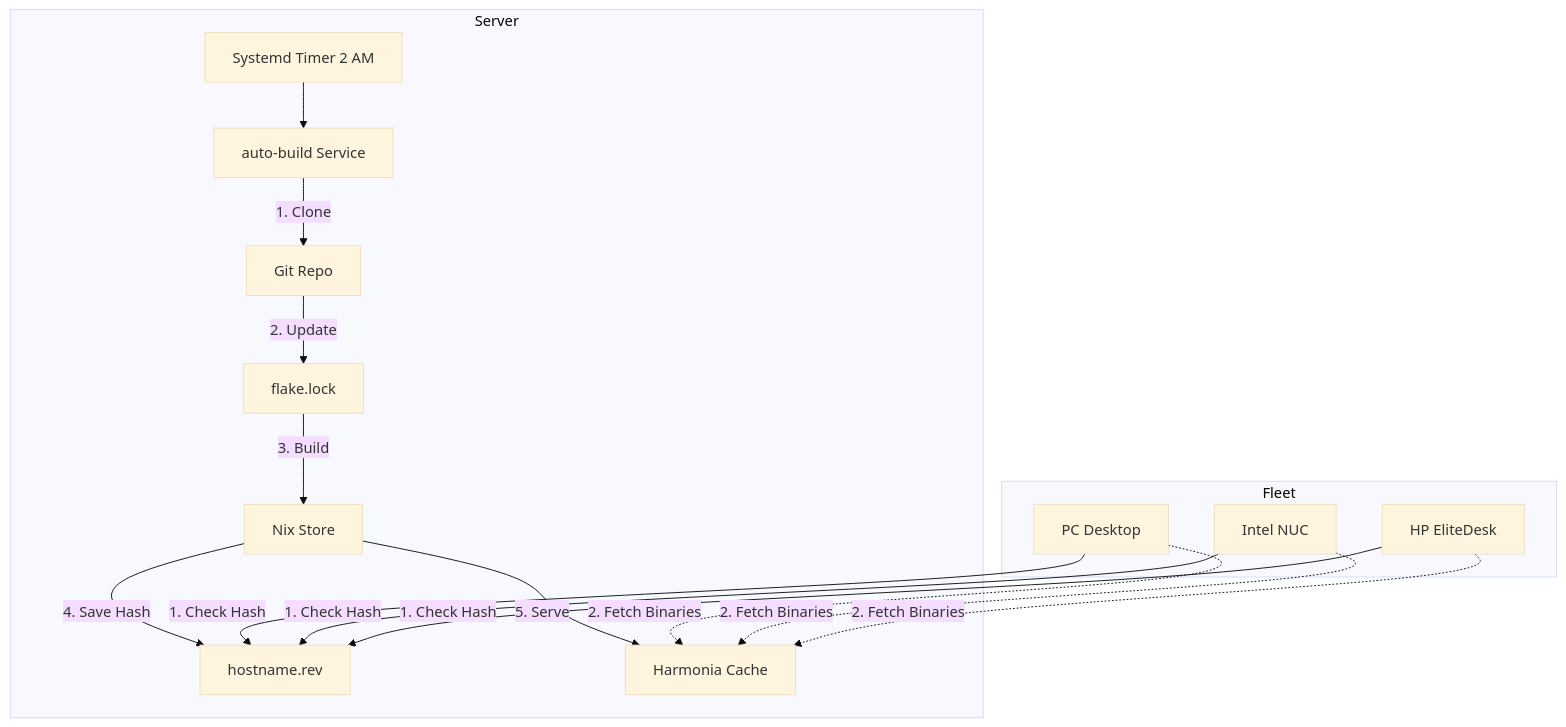
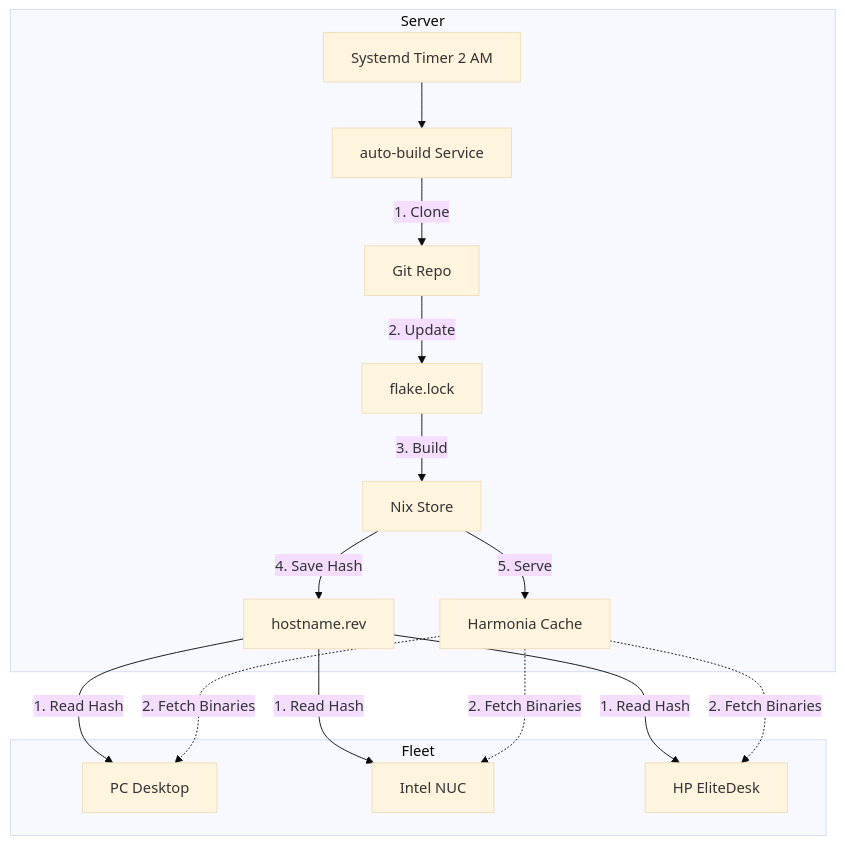
Before and after one commit to basnijholt/nijho.lt: the diagram in content/post/nixos-cache/index.md, drawn with Mermaid (base theme).

Commit message:
docs: reverse diagram arrows to put Fleet below Server

````diff
--- a/content/post/nixos-cache/index.md
+++ b/content/post/nixos-cache/index.md
@@ -49,25 +49,25 @@
 ```mermaid
 graph TD
     subgraph Server
         Timer[Systemd Timer 2 AM] --> AutoBuild[auto-build Service]
         AutoBuild -->|1. Clone| Git[Git Repo]
         Git -->|2. Update| FlakeLock[flake.lock]
         FlakeLock -->|3. Build| Store[Nix Store]
         Store -->|4. Save Hash| RevFile[hostname.rev]
         Store -->|5. Serve| Harmonia[Harmonia Cache]
     end
 
     subgraph Fleet
         PC[PC Desktop]
         NUC[Intel NUC]
         HP[HP EliteDesk]
     end
 
-    PC -->|1. Check Hash| RevFile
-    NUC -->|1. Check Hash| RevFile
-    HP -->|1. Check Hash| RevFile
+    RevFile -->|1. Read Hash| PC
+    RevFile -->|1. Read Hash| NUC
+    RevFile -->|1. Read Hash| HP
 
-    PC -.->|2. Fetch Binaries| Harmonia
-    NUC -.->|2. Fetch Binaries| Harmonia
-    HP -.->|2. Fetch Binaries| Harmonia
+    Harmonia -.->|2. Fetch Binaries| PC
+    Harmonia -.->|2. Fetch Binaries| NUC
+    Harmonia -.->|2. Fetch Binaries| HP
 ```
````
